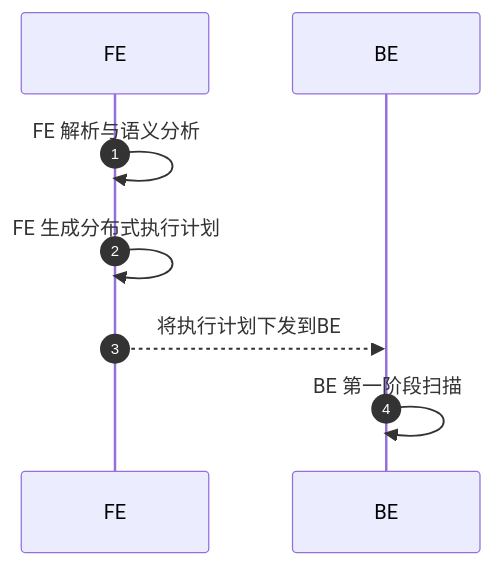
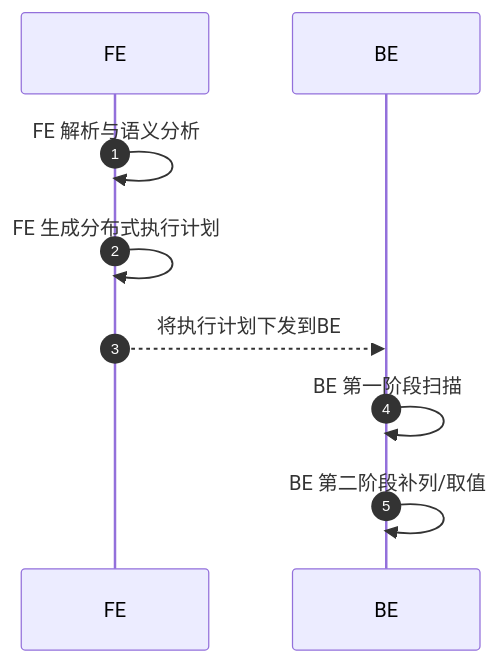
One commit to HY-10-8/iodraw-files changed the diagram in all/Doris-写入数据.md. Above: the diagram before and after it, drawn with Mermaid.

Commit message:
2026-04-22 17:13:39 update

````diff
--- a/all/Doris-写入数据.md
+++ b/all/Doris-写入数据.md
@@ -1,13 +1,15 @@
 ```mermaid
 sequenceDiagram
     autonumber
 
     participant FE
     participant BE
 
     FE->>FE: FE 解析与语义分析
     FE->>FE: FE 生成分布式执行计划
     FE-->>BE: 将执行计划下发到BE
     BE->>BE: BE 第一阶段扫描
+    BE->>BE: BE 第二阶段补列/取值
     
+
 ```
````
